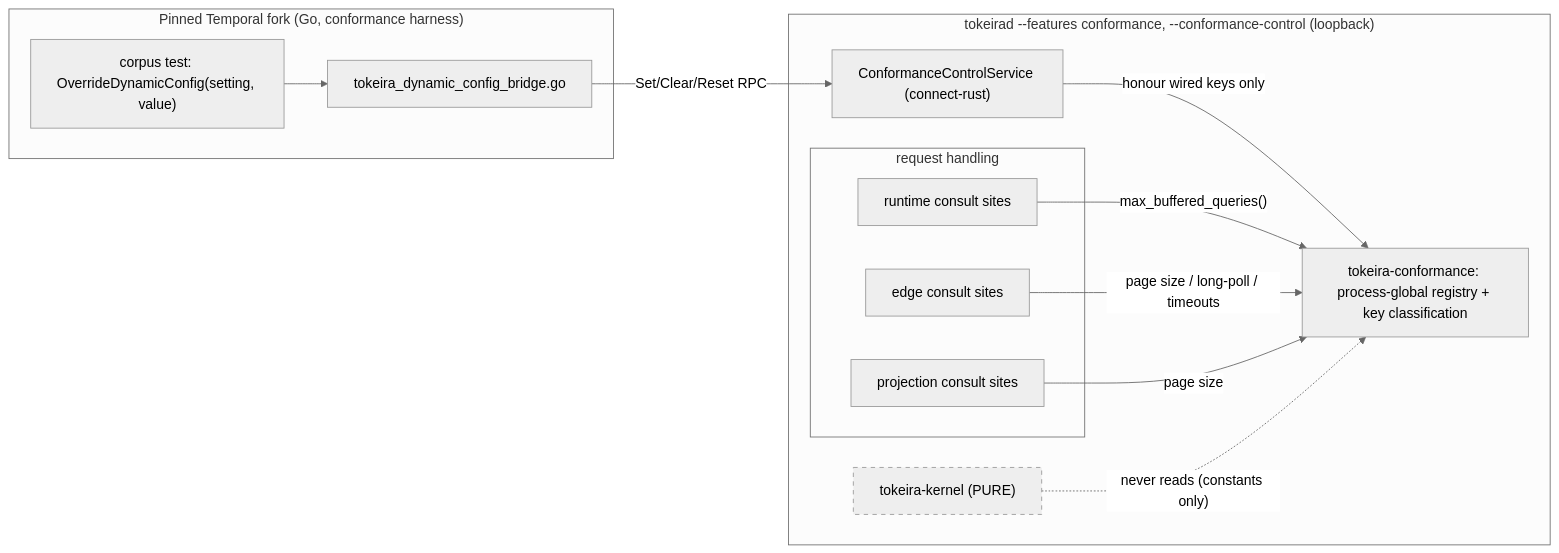
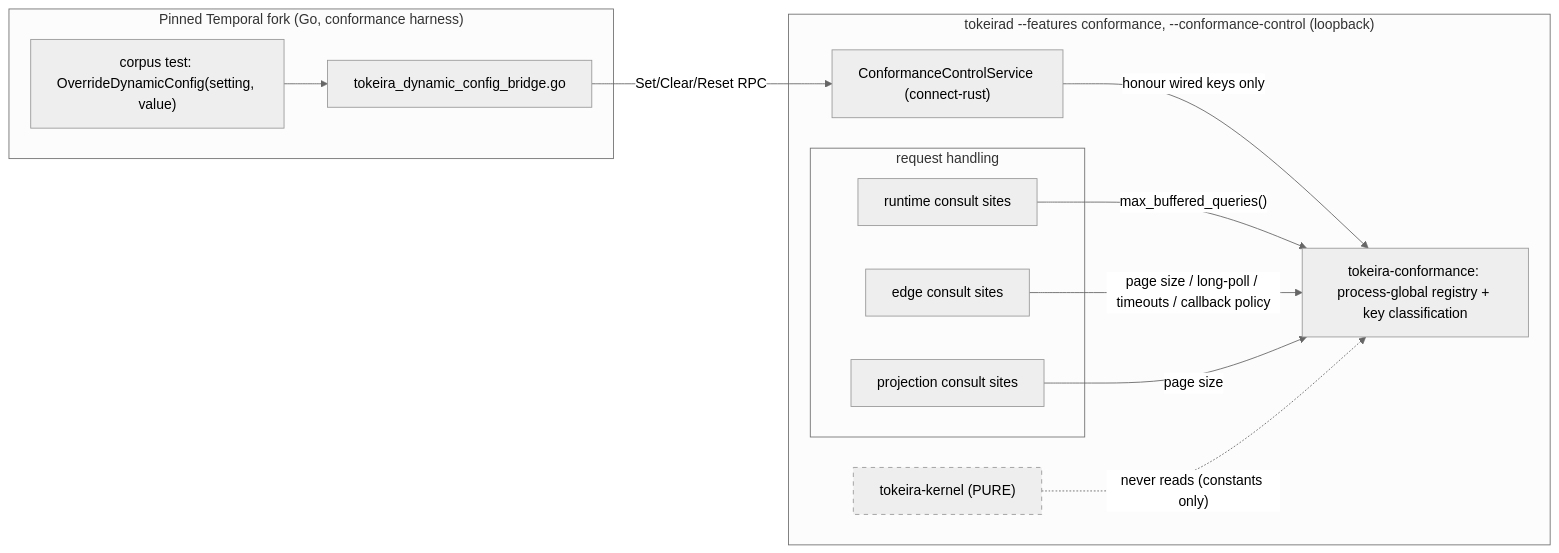
Before and after one commit to tokeira/tokeira: the diagram in .kiro/specs/conformance-config-override/design.md, drawn with Mermaid (neutral theme). The commit also changed other lines of this file and 28 other files, not shown here.

````diff
--- a/.kiro/specs/conformance-config-override/design.md
+++ b/.kiro/specs/conformance-config-override/design.md
@@ -49,29 +49,29 @@
 ```mermaid
 flowchart LR
     subgraph Fork["Pinned Temporal fork (Go, conformance harness)"]
         Test["corpus test: OverrideDynamicConfig(setting, value)"]
         Bridge["tokeira_dynamic_config_bridge.go"]
         Test --> Bridge
     end
 
     subgraph Tokeirad["tokeirad --features conformance, --conformance-control (loopback)"]
         Ctl["ConformanceControlService (connect-rust)"]
         Reg["tokeira-conformance: process-global registry + key classification"]
         Bridge -->|Set/Clear/Reset RPC| Ctl
         Ctl -->|honour wired keys only| Reg
 
         subgraph Data["request handling"]
             RT["runtime consult sites"]
             ED["edge consult sites"]
             PJ["projection consult sites"]
         end
         RT -->|"max_buffered_queries()"| Reg
-        ED -->|"page size / long-poll / timeouts"| Reg
+        ED -->|"page size / long-poll / timeouts / callback policy"| Reg
         PJ -->|"page size"| Reg
 
         Kernel["tokeira-kernel (PURE)"]
         Kernel -. "never reads (constants only)" .-> Reg
     end
 
     style Kernel stroke-dasharray: 5 5
 ```
````
